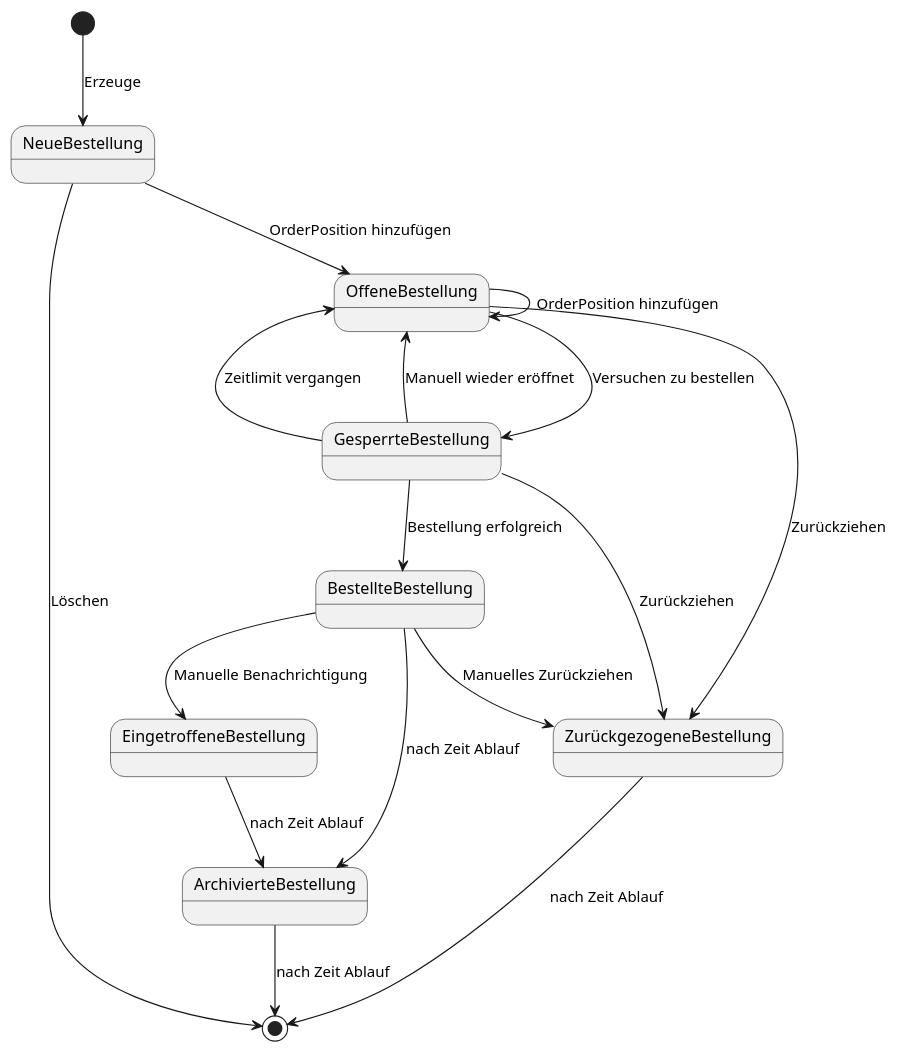
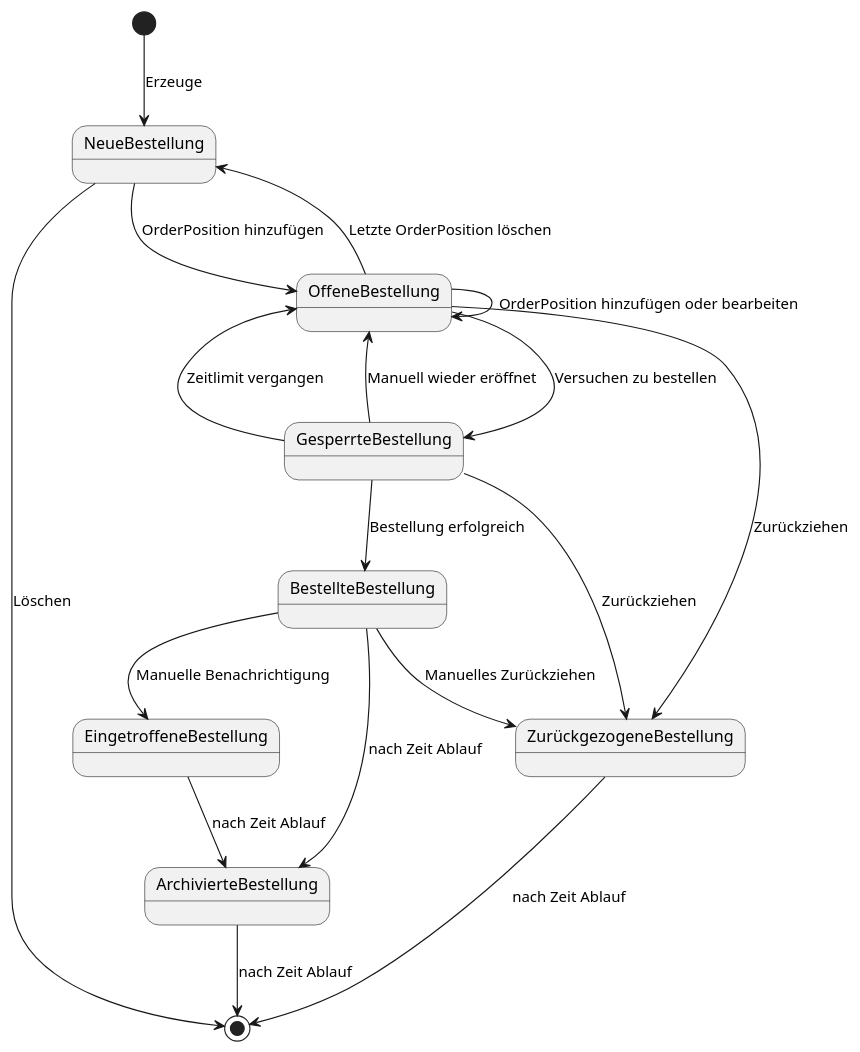
Before and after one commit to Skym0sh0/in-the-mealtime: the diagram in order-states.puml, drawn with PlantUML. The commit also changed 4 other files, not shown here.

Commit message:
Added Basic OrderPosition DAO Logic

```diff
--- a/order-states.puml
+++ b/order-states.puml
@@ -1,27 +1,29 @@
 @startuml
 [*] --> NeueBestellung : Erzeuge
 
 NeueBestellung -->[*]: Löschen
 
 NeueBestellung --> OffeneBestellung : OrderPosition hinzufügen
-OffeneBestellung --> OffeneBestellung : OrderPosition hinzufügen
+OffeneBestellung --> OffeneBestellung : OrderPosition hinzufügen oder bearbeiten
+
+OffeneBestellung --> NeueBestellung: Letzte OrderPosition löschen
 
 OffeneBestellung --> GesperrteBestellung : Versuchen zu bestellen
 GesperrteBestellung --> OffeneBestellung : Zeitlimit vergangen
 GesperrteBestellung --> OffeneBestellung : Manuell wieder eröffnet
 GesperrteBestellung --> BestellteBestellung: Bestellung erfolgreich
 
 OffeneBestellung --> ZurückgezogeneBestellung : Zurückziehen
 GesperrteBestellung --> ZurückgezogeneBestellung : Zurückziehen
 ZurückgezogeneBestellung --> [*] : nach Zeit Ablauf
 
 BestellteBestellung --> EingetroffeneBestellung : Manuelle Benachrichtigung
 
 BestellteBestellung --> ZurückgezogeneBestellung : Manuelles Zurückziehen
 
 BestellteBestellung --> ArchivierteBestellung: nach Zeit Ablauf
 EingetroffeneBestellung --> ArchivierteBestellung: nach Zeit Ablauf
 
 ArchivierteBestellung --> [*] : nach Zeit Ablauf
 
 @enduml
```
